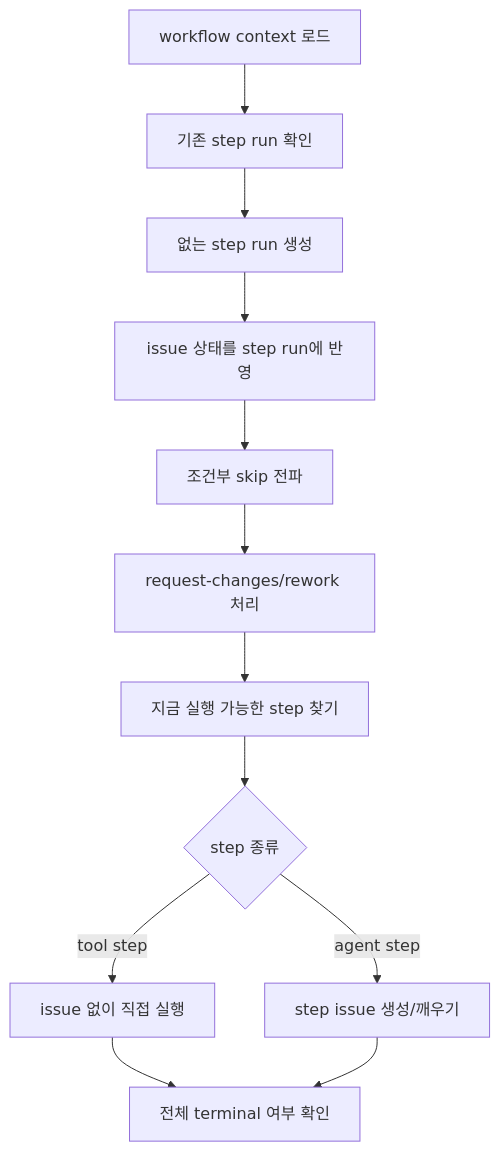
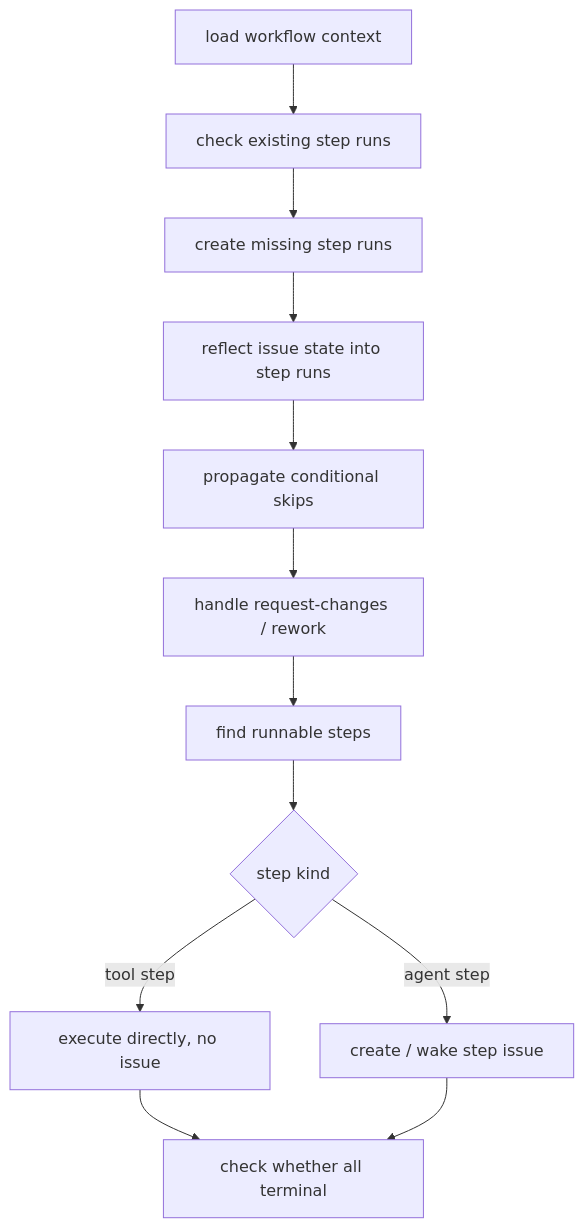
Before and after one commit to insightflo/papercompany-runtime: the fourth of 17 diagrams in docs/guides/agent-developer/mission-workflow-runtime.md, drawn with Mermaid. The commit also changed other lines of this file and 173 other files, not shown here.

````diff
--- a/docs/guides/agent-developer/mission-workflow-runtime.md
+++ b/docs/guides/agent-developer/mission-workflow-runtime.md
@@ -131,14 +107,14 @@
 ```mermaid
 flowchart TD
-  Load["workflow context 로드"] --> Existing["기존 step run 확인"]
-  Existing --> Missing["없는 step run 생성"]
-  Missing --> Sync["issue 상태를 step run에 반영"]
-  Sync --> Skip["조건부 skip 전파"]
-  Skip --> Rework["request-changes/rework 처리"]
-  Rework --> Runnable["지금 실행 가능한 step 찾기"]
-  Runnable --> Kind{"step 종류"}
-  Kind -- "tool step" --> Tool["issue 없이 직접 실행"]
-  Kind -- "agent step" --> Issue["step issue 생성/깨우기"]
-  Tool --> Finalize["전체 terminal 여부 확인"]
+  Load["load workflow context"] --> Existing["check existing step runs"]
+  Existing --> Missing["create missing step runs"]
+  Missing --> Sync["reflect issue state into step runs"]
+  Sync --> Skip["propagate conditional skips"]
+  Skip --> Rework["handle request-changes / rework"]
+  Rework --> Runnable["find runnable steps"]
+  Runnable --> Kind{"step kind"}
+  Kind -- "tool step" --> Tool["execute directly, no issue"]
+  Kind -- "agent step" --> Issue["create / wake step issue"]
+  Tool --> Finalize["check whether all terminal"]
   Issue --> Finalize
 ```
````
